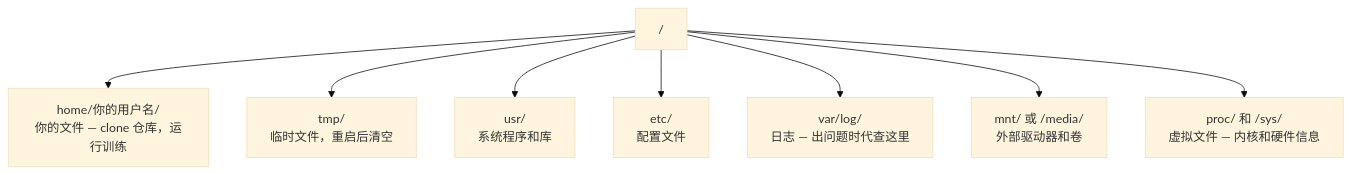
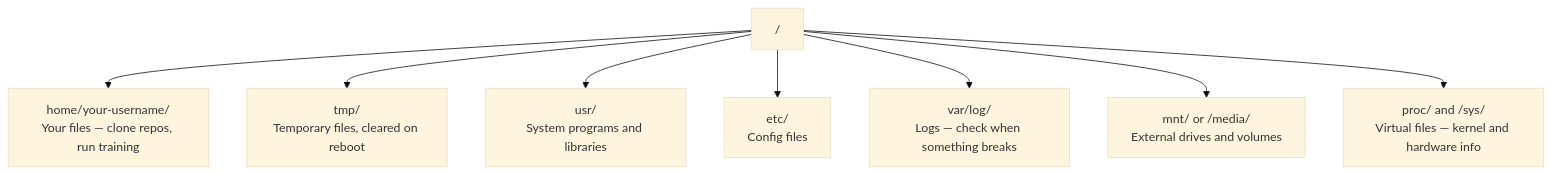
One commit to xiaojiaenen/ai-engineering-from-scratch-zh changed the diagram in i18n/zh/phases/00-setup-and-tooling/11-linux-for-ai/docs/zh.md. Above: the diagram before and after it, drawn with Mermaid (base theme). The commit also changed other lines of this file and 12 other files, not shown here.

````diff
--- a/i18n/zh/phases/00-setup-and-tooling/11-linux-for-ai/docs/zh.md
+++ b/i18n/zh/phases/00-setup-and-tooling/11-linux-for-ai/docs/zh.md
@@ -27,10 +27,10 @@
 ```mermaid
 graph TD
-    root["/"] --> home["home/你的用户名/<br/>你的文件 — clone 仓库，运行训练"]
-    root --> tmp["tmp/<br/>临时文件，重启后清空"]
-    root --> usr["usr/<br/>系统程序和库"]
-    root --> etc["etc/<br/>配置文件"]
-    root --> varlog["var/log/<br/>日志 — 出问题时代查这里"]
-    root --> mnt["mnt/ 或 /media/<br/>外部驱动器和卷"]
-    root --> proc["proc/ 和 /sys/<br/>虚拟文件 — 内核和硬件信息"]
+    root["/"] --> home["home/your-username/<br/>Your files — clone repos, run training"]
+    root --> tmp["tmp/<br/>Temporary files, cleared on reboot"]
+    root --> usr["usr/<br/>System programs and libraries"]
+    root --> etc["etc/<br/>Config files"]
+    root --> varlog["var/log/<br/>Logs — check when something breaks"]
+    root --> mnt["mnt/ or /media/<br/>External drives and volumes"]
+    root --> proc["proc/ and /sys/<br/>Virtual files — kernel and hardware info"]
 ```
````
